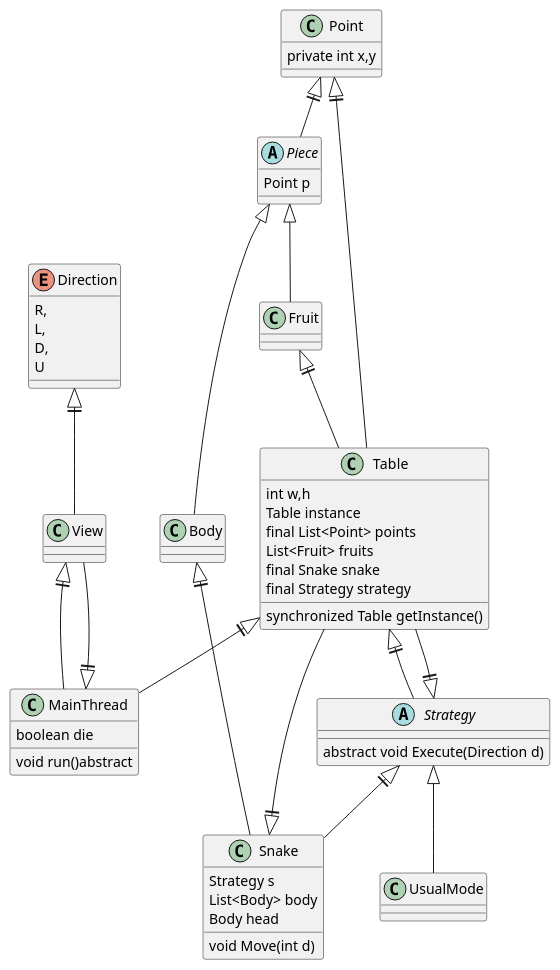
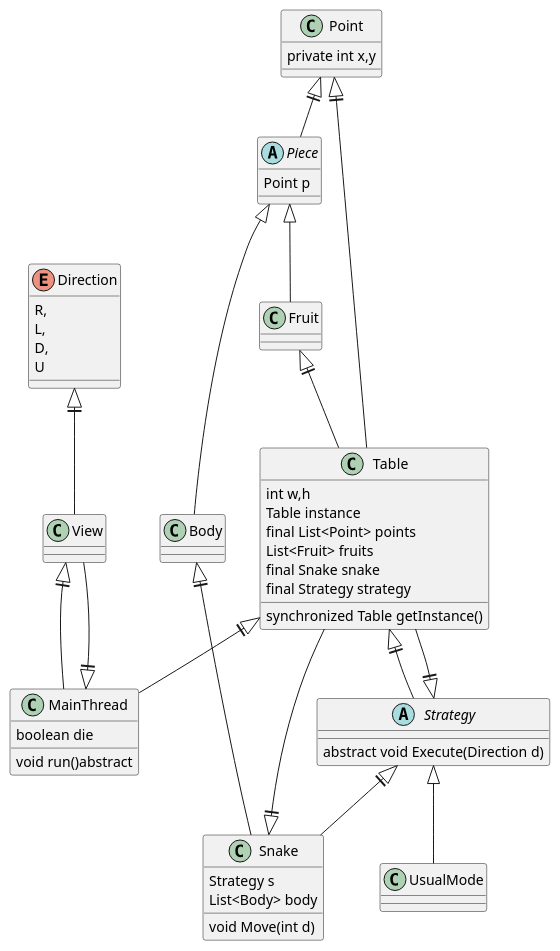
One commit to amirhsz/Snake changed the diagram in src/main/resources/Core Diagram.puml. Above: the diagram before and after it, drawn with PlantUML. The commit also changed 1 other file, not shown here.

Commit message:
head variable removed because its first of body list

```diff
--- a/src/main/resources/Core Diagram.puml
+++ b/src/main/resources/Core Diagram.puml
@@ -1,81 +1,80 @@
 @startuml
 'https://plantuml.com/class-diagram
 
 enum Direction{
     R,
     L,
     D,
     U
 }
 
 abstract Piece{
     Point p
     'Constructor, Getter and Setter for p
 }
 
 class Fruit{
 
 }
 
 class Body{
 
 }
 
 class Point{
     private int x,y
     'Constructor, Getter and Setter for x, y;
 }
 
 class Table{
     int w,h
     Table instance
     'Constructor, Getter and Setter for x, y;
     final List<Point> points
     List<Fruit> fruits
     final Snake snake
     final Strategy strategy
     'Constructor
     synchronized Table getInstance()
 }
 
 class Snake{
     Strategy s
     List<Body> body
     void Move(int d)
-    Body head
 
 }
 
 abstract Strategy{
     abstract void Execute(Direction d)
     'If died set die value true in MainThread
 }
 
 class UsualMode{
 
 }
 
 class MainThread{
     boolean die
     void run()abstract
 }
 
 Point<||-- Table
 Snake<||-- Table
 Fruit<||-- Table
 Strategy<||--Snake
 Point<||--Piece
 Body<||--Snake
 Table<||--MainThread
 Table<||--Strategy
 Strategy<||--Table
 MainThread<||--View
 View<||--MainThread
 Direction<||--View
 'View means our GUI
 
 Piece<|-- Fruit
 Piece<|-- Body
 Strategy<|-- UsualMode
 
 @enduml
```
